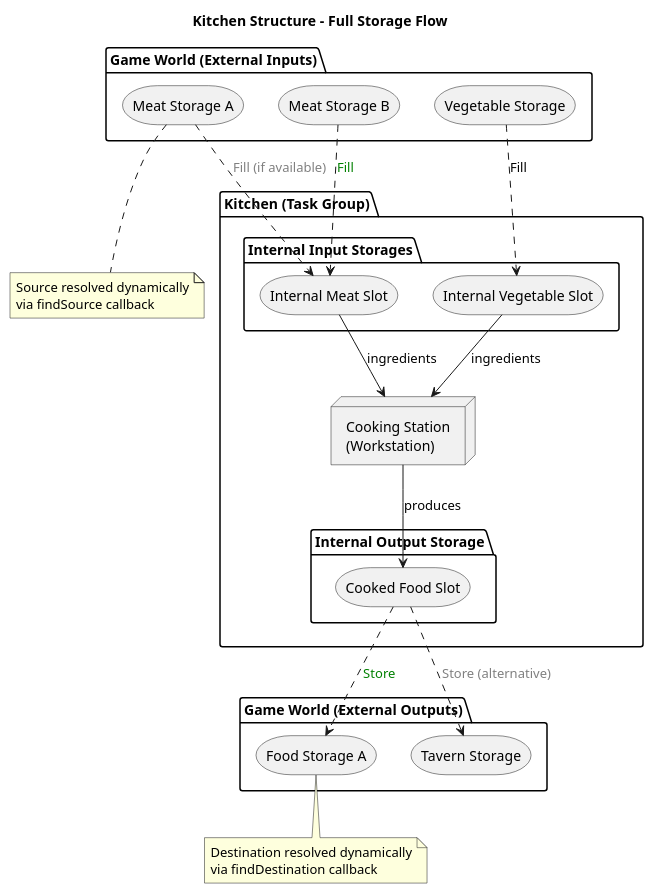
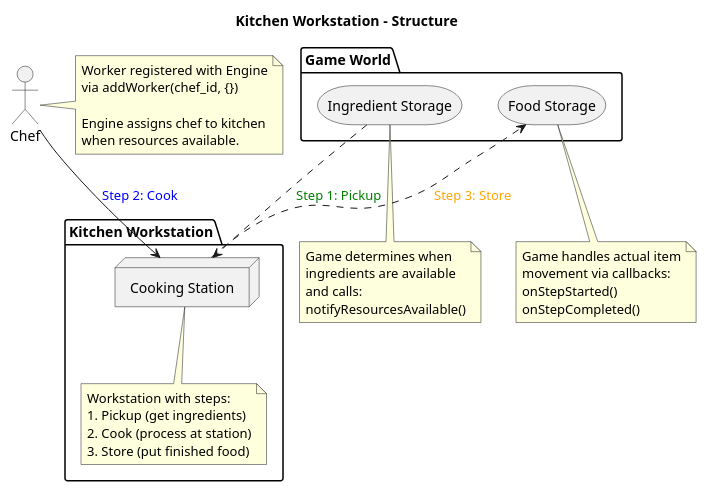
The diagram in uml/kitchen_structure.puml (labelle-toolkit/labelle-tasks), drawn with PlantUML before and after one commit. The commit also changed 41 other files, not shown here.

```diff
--- a/uml/kitchen_structure.puml
+++ b/uml/kitchen_structure.puml
@@ -1,49 +1,48 @@
 @startuml kitchen_structure
-title Kitchen Structure - Full Storage Flow
+title Kitchen Workstation - Structure
 
-package "Game World (External Inputs)" {
-  storage "Meat Storage A" as meat_a
-  storage "Meat Storage B" as meat_b
-  storage "Vegetable Storage" as veg_ext
+package "Game World" {
+  storage "Ingredient Storage" as ingredients
+  storage "Food Storage" as food_storage
 }
 
-package "Kitchen (Task Group)" {
-  package "Internal Input Storages" {
-    storage "Internal Meat Slot" as meat_internal
-    storage "Internal Vegetable Slot" as veg_internal
-  }
+package "Kitchen Workstation" {
+  node "Cooking Station" as cooking
 
-  node "Cooking Station\n(Workstation)" as cooking
-
-  package "Internal Output Storage" {
-    storage "Cooked Food Slot" as food_internal
-  }
+  note bottom of cooking
+    Workstation with steps:
+    1. Pickup (get ingredients)
+    2. Cook (process at station)
+    3. Store (put finished food)
+  end note
 }
 
-package "Game World (External Outputs)" {
-  storage "Food Storage A" as food_a
-  storage "Tavern Storage" as tavern
-}
+actor "Chef" as chef
 
-meat_a ..> meat_internal : <color:gray>Fill (if available)</color>
-meat_b ..> meat_internal : <color:green>Fill</color>
-veg_ext ..> veg_internal : Fill
+ingredients ..> cooking : <color:green>Step 1: Pickup</color>
+chef --> cooking : <color:blue>Step 2: Cook</color>
+cooking ..> food_storage : <color:orange>Step 3: Store</color>
 
-meat_internal --> cooking : ingredients
-veg_internal --> cooking : ingredients
-cooking --> food_internal : produces
+note right of chef
+  Worker registered with Engine
+  via addWorker(chef_id, {})
 
-food_internal ..> food_a : <color:green>Store</color>
-food_internal ..> tavern : <color:gray>Store (alternative)</color>
-
-note bottom of meat_a
-  Source resolved dynamically
-  via findSource callback
+  Engine assigns chef to kitchen
+  when resources available.
 end note
 
-note bottom of food_a
-  Destination resolved dynamically
-  via findDestination callback
+note bottom of ingredients
+  Game determines when
+  ingredients are available
+  and calls:
+  notifyResourcesAvailable()
+end note
+
+note bottom of food_storage
+  Game handles actual item
+  movement via callbacks:
+  onStepStarted()
+  onStepCompleted()
 end note
 
 @enduml
```
